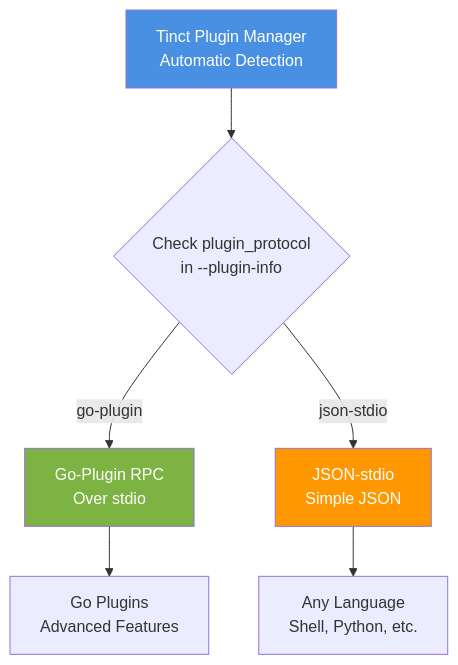
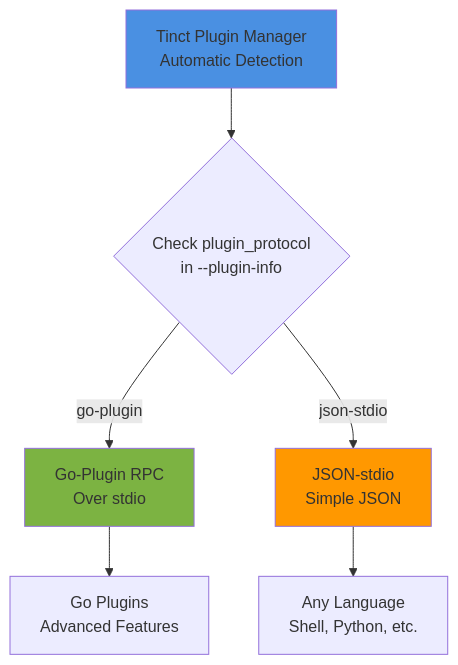
One commit to jmylchreest/tinct changed the diagram in docs/PLUGIN-PROTOCOLS.md. Above: the diagram before and after it, drawn with Mermaid. The commit also changed other lines of this file and 58 other files, not shown here.

````diff
--- a/docs/PLUGIN-PROTOCOLS.md
+++ b/docs/PLUGIN-PROTOCOLS.md
@@ -7,12 +7,12 @@
 ```mermaid
 graph TD
     A[Tinct Plugin Manager<br/>Automatic Detection] --> B{Check plugin_protocol<br/>in --plugin-info}
     B -->|go-plugin| C[Go-Plugin RPC<br/>Over stdio]
     B -->|json-stdio| D[JSON-stdio<br/>Simple JSON]
     C --> E[Go Plugins<br/>Advanced Features]
     D --> F[Any Language<br/>Shell, Python, etc.]
     
-    style A fill:#4a90e2,color:#fff
-    style C fill:#7cb342,color:#fff
-    style D fill:#ff9800,color:#fff
+    style A fill:#4a90e2,colour:#fff
+    style C fill:#7cb342,colour:#fff
+    style D fill:#ff9800,colour:#fff
 ```
````
